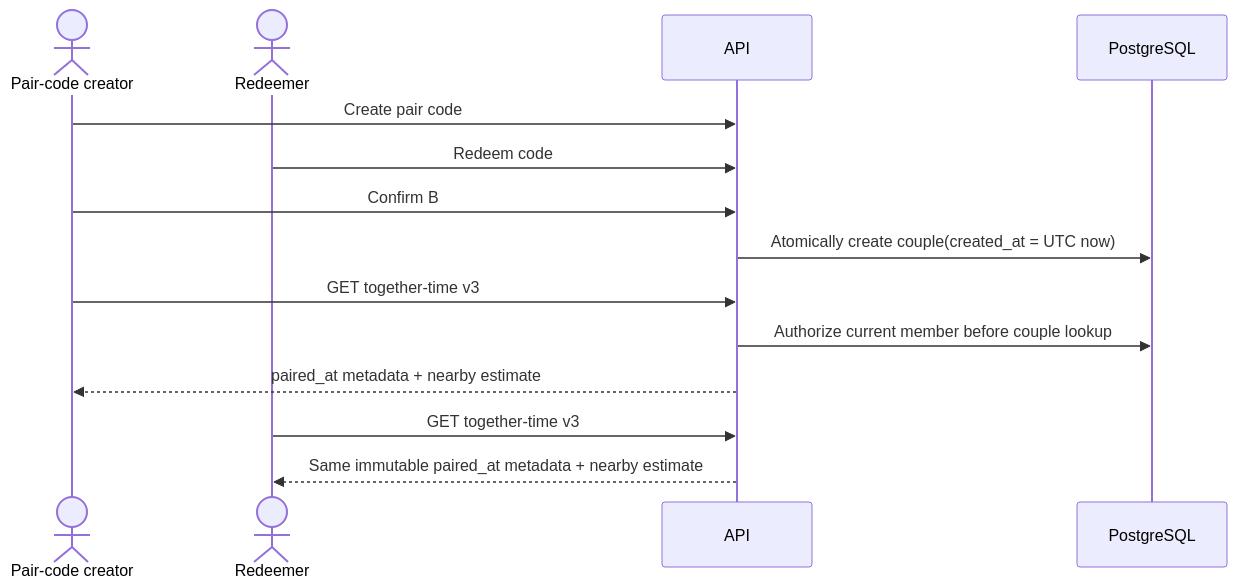
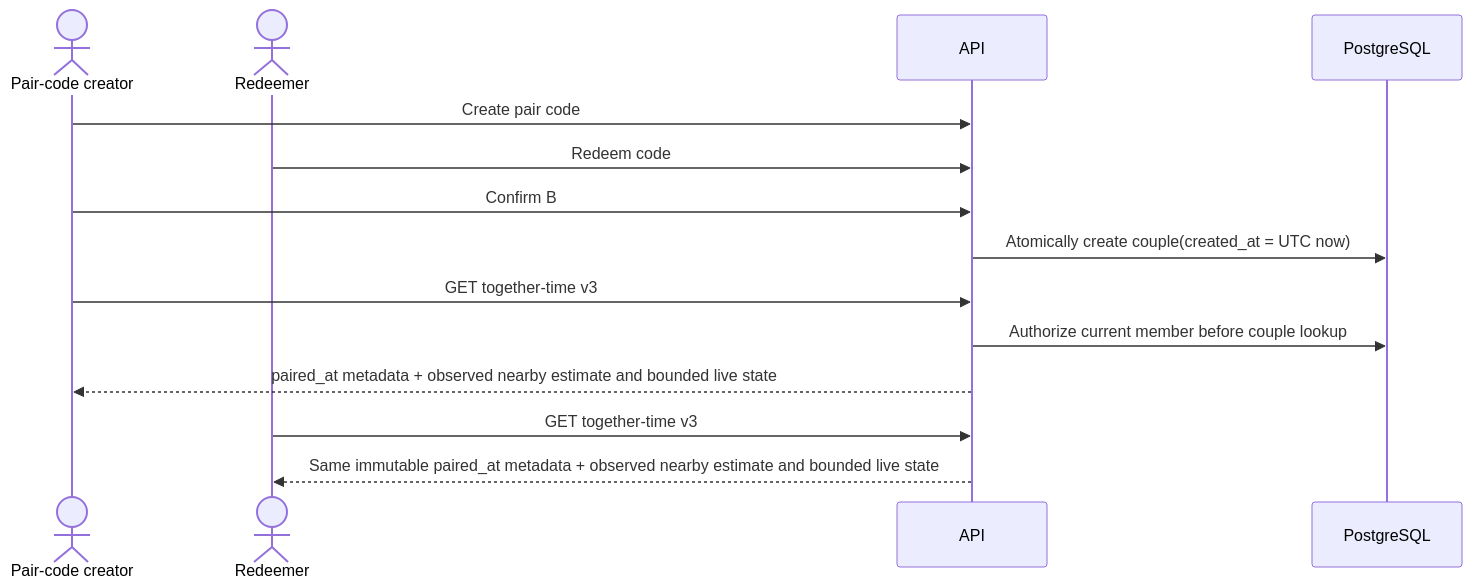
Before and after one commit to Captainpax/littleorbit: diagram 11 of 21 in docs/NETWORK-FLOW.md, drawn with Mermaid. The commit also changed other lines of this file and 63 other files, not shown here.

````diff
--- a/docs/NETWORK-FLOW.md
+++ b/docs/NETWORK-FLOW.md
@@ -297,16 +297,16 @@
 ```mermaid
 sequenceDiagram
     actor A as Pair-code creator
     actor B as Redeemer
     participant API
     participant DB as PostgreSQL
     A->>API: Create pair code
     B->>API: Redeem code
     A->>API: Confirm B
     API->>DB: Atomically create couple(created_at = UTC now)
     A->>API: GET together-time v3
     API->>DB: Authorize current member before couple lookup
-    API-->>A: paired_at metadata + nearby estimate
+    API-->>A: paired_at metadata + observed nearby estimate and bounded live state
     B->>API: GET together-time v3
-    API-->>B: Same immutable paired_at metadata + nearby estimate
+    API-->>B: Same immutable paired_at metadata + observed nearby estimate and bounded live state
 ```
````
